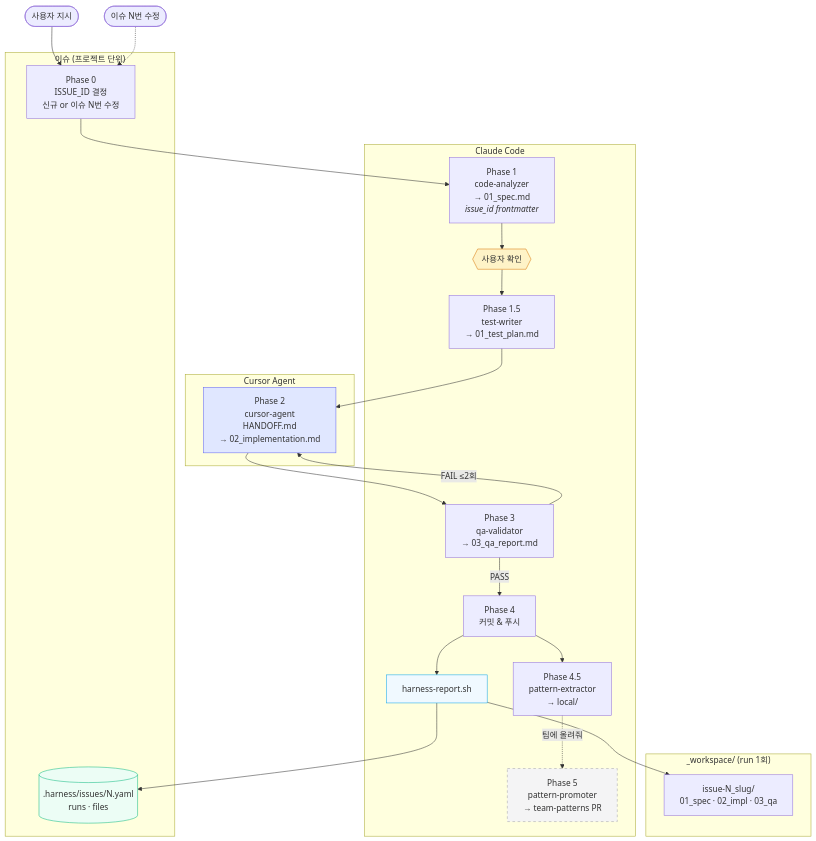
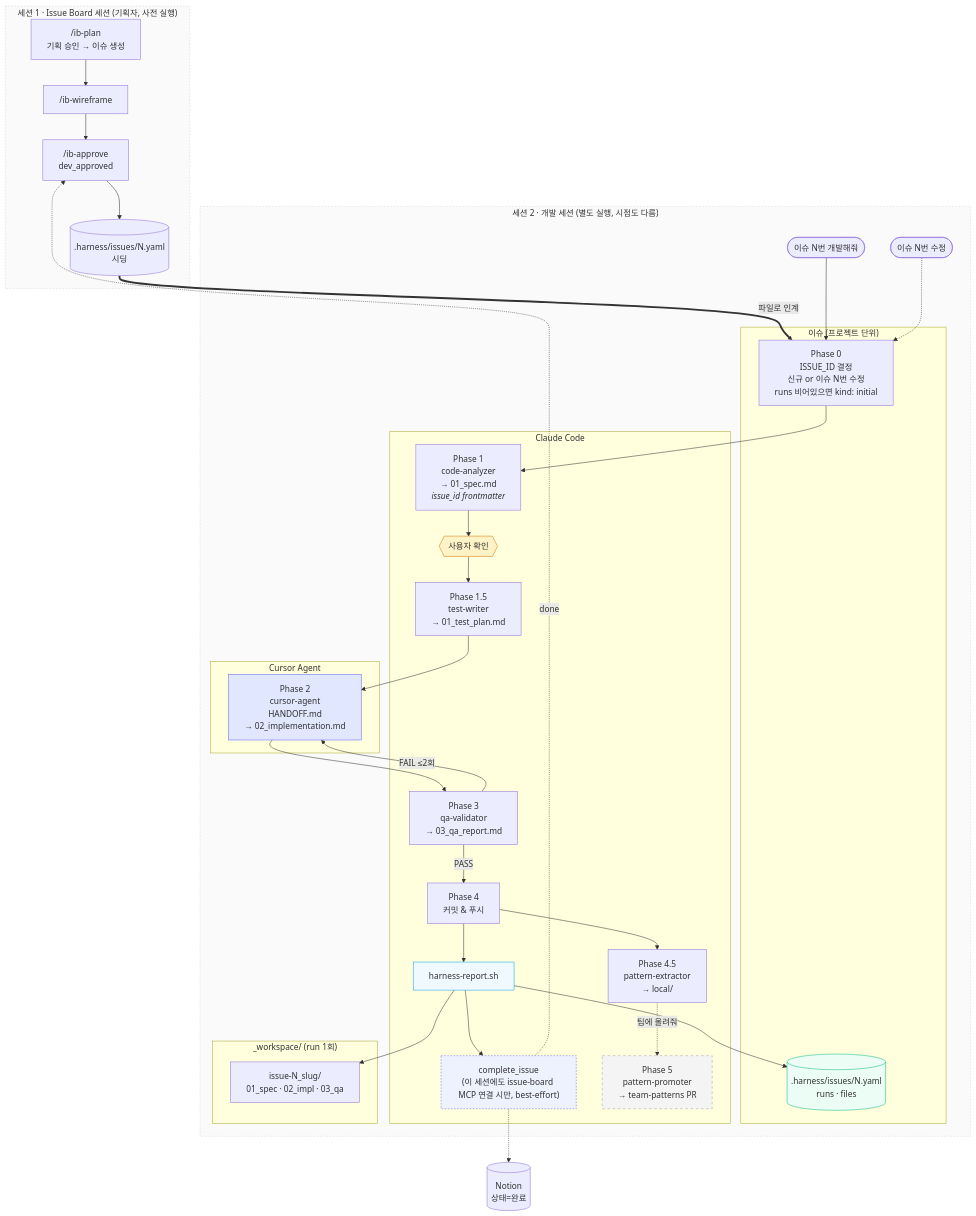
The first of 5 diagrams in docs/dev-pipeline.md (LEEHEEWON123/harness_build), drawn with Mermaid before and after one commit. The commit also changed other lines of this file and 1 other file, not shown here.

Commit message:
docs: 파이프라인 다이어그램에 이슈보드/개발 세션 분리 반영
- README·docs/dev-pipeline.md의 dev 파이프라인 다이어그램을 Issue Board 세션
  (/ib-plan → /ib-wireframe → /ib-approve → .harness/issues/N.yaml 시딩)과
  개발 세션(Phase 0~5)으로 명확히 분리
- 두 세션은 서로 다른 Claude Code 실행이며, 연결 통로는 ①yaml 파일 인계(필수)
  ②complete_issue MCP 호출(선택, 개발 세션 쪽에도 issue-board MCP 연결 시만
  동작)뿐임을 명시
- docs/dev-pipeline.md 버전 표기 v0.6.1 → v0.9.0, 폐기된 "Harness Hub" 절을
  실제 Issue Board 아키텍처 기준으로 교체

Claude-Session: https://claude.ai/code/session_01F6TtxCYKroa4Qo2xSW7yWj

````diff
--- a/docs/dev-pipeline.md
+++ b/docs/dev-pipeline.md
@@ -9,49 +9,70 @@
 ```mermaid
 flowchart TB
-  START([사용자 지시]) --> P0
-
-  subgraph ISSUE["이슈 (프로젝트 단위)"]
-    P0["Phase 0<br/>ISSUE_ID 결정<br/>신규 or 이슈 N번 수정"]
-    STORE[(".harness/issues/N.yaml<br/>runs · files")]
+  subgraph S1["세션 1 · Issue Board 세션 (기획자, 사전 실행)"]
+    IBP["/ib-plan<br/>기획 승인 → 이슈 생성"]
+    IBW["/ib-wireframe"]
+    IBA["/ib-approve<br/>dev_approved"]
+    IBP --> IBW --> IBA
+    IBA --> SEED[(".harness/issues/N.yaml<br/>시딩")]
   end
 
-  subgraph CLAUDE["Claude Code"]
-    P1["Phase 1<br/>code-analyzer<br/>→ 01_spec.md<br/><i>issue_id frontmatter</i>"]
-    GATE{{"사용자 확인"}}
-    P15["Phase 1.5<br/>test-writer<br/>→ 01_test_plan.md"]
-    P3["Phase 3<br/>qa-validator<br/>→ 03_qa_report.md"]
-    P4["Phase 4<br/>커밋 & 푸시"]
-    REPORT["harness-report.sh"]
-    P45["Phase 4.5<br/>pattern-extractor<br/>→ local/"]
-    P5["Phase 5<br/>pattern-promoter<br/>→ team-patterns PR"]
+  SEED ==파일로 인계==> P0
+
+  subgraph S2["세션 2 · 개발 세션 (별도 실행, 시점도 다름)"]
+    START(["이슈 N번 개발해줘"]) --> P0
+
+    subgraph ISSUE["이슈 (프로젝트 단위)"]
+      P0["Phase 0<br/>ISSUE_ID 결정<br/>신규 or 이슈 N번 수정<br/>runs 비어있으면 kind: initial"]
+      STORE[(".harness/issues/N.yaml<br/>runs · files")]
+    end
+
+    subgraph CLAUDE["Claude Code"]
+      P1["Phase 1<br/>code-analyzer<br/>→ 01_spec.md<br/><i>issue_id frontmatter</i>"]
+      GATE{{"사용자 확인"}}
+      P15["Phase 1.5<br/>test-writer<br/>→ 01_test_plan.md"]
+      P3["Phase 3<br/>qa-validator<br/>→ 03_qa_report.md"]
+      P4["Phase 4<br/>커밋 & 푸시"]
+      REPORT["harness-report.sh"]
+      COMPLETE["complete_issue<br/>(이 세션에도 issue-board MCP 연결 시만, best-effort)"]
+      P45["Phase 4.5<br/>pattern-extractor<br/>→ local/"]
+      P5["Phase 5<br/>pattern-promoter<br/>→ team-patterns PR"]
+    end
+
+    subgraph CURSOR["Cursor Agent"]
+      P2["Phase 2<br/>cursor-agent<br/>HANDOFF.md<br/>→ 02_implementation.md"]
+    end
+
+    subgraph WS["_workspace/ (run 1회)"]
+      RUN["issue-N_slug/<br/>01_spec · 02_impl · 03_qa"]
+    end
+
+    P0 --> P1
+    P1 --> GATE
+    GATE --> P15
+    P15 --> P2
+    P2 --> P3
+    P3 -->|PASS| P4
+    P3 -->|FAIL ≤2회| P2
+    P4 --> REPORT
+    REPORT --> STORE
+    REPORT --> RUN
+    REPORT --> COMPLETE
+    P4 --> P45
+    P45 -.->|팀에 올려줘| P5
+
+    AMEND([이슈 N번 수정]) -.-> P0
   end
 
-  subgraph CURSOR["Cursor Agent"]
-    P2["Phase 2<br/>cursor-agent<br/>HANDOFF.md<br/>→ 02_implementation.md"]
-  end
-
-  subgraph WS["_workspace/ (run 1회)"]
-    RUN["issue-N_slug/<br/>01_spec · 02_impl · 03_qa"]
-  end
-
-  P0 --> P1
-  P1 --> GATE
-  GATE --> P15
-  P15 --> P2
-  P2 --> P3
-  P3 -->|PASS| P4
-  P3 -->|FAIL ≤2회| P2
-  P4 --> REPORT
-  REPORT --> STORE
-  REPORT --> RUN
-  P4 --> P45
-  P45 -.->|팀에 올려줘| P5
-
-  AMEND([이슈 N번 수정]) -.-> P0
+  NOTION[("Notion<br/>상태=완료")]
+  COMPLETE -.done.-> IBA
+  COMPLETE -.-> NOTION
 
   style P2 fill:#e0e7ff,stroke:#6366f1
   style GATE fill:#fef3c7,stroke:#d97706
   style P5 fill:#f4f4f5,stroke:#a1a1aa,stroke-dasharray:5 5
   style STORE fill:#ecfdf5,stroke:#10b981
   style REPORT fill:#f0f9ff,stroke:#0ea5e9
+  style COMPLETE fill:#eef2ff,stroke:#6366f1,stroke-dasharray:3 3
+  style S1 fill:#fafafa,stroke:#d4d4d8,stroke-dasharray:3 3
+  style S2 fill:#fafafa,stroke:#d4d4d8,stroke-dasharray:3 3
 ```
````
